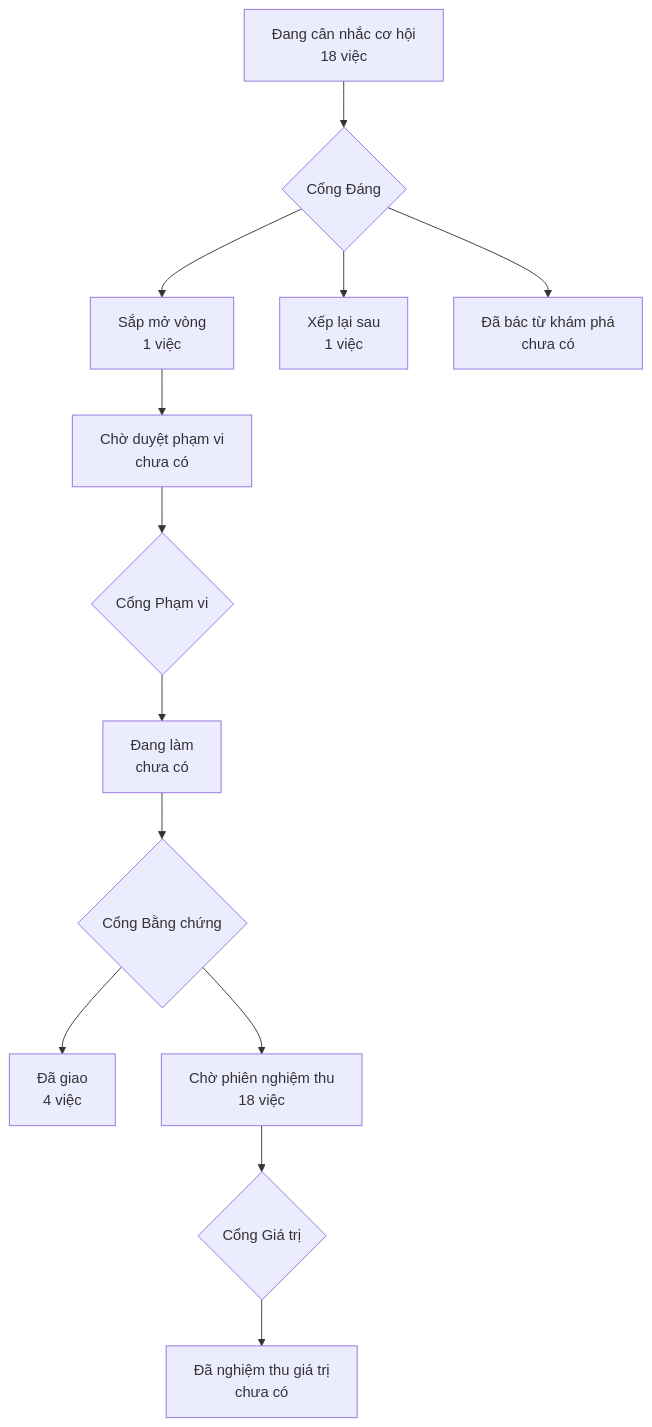
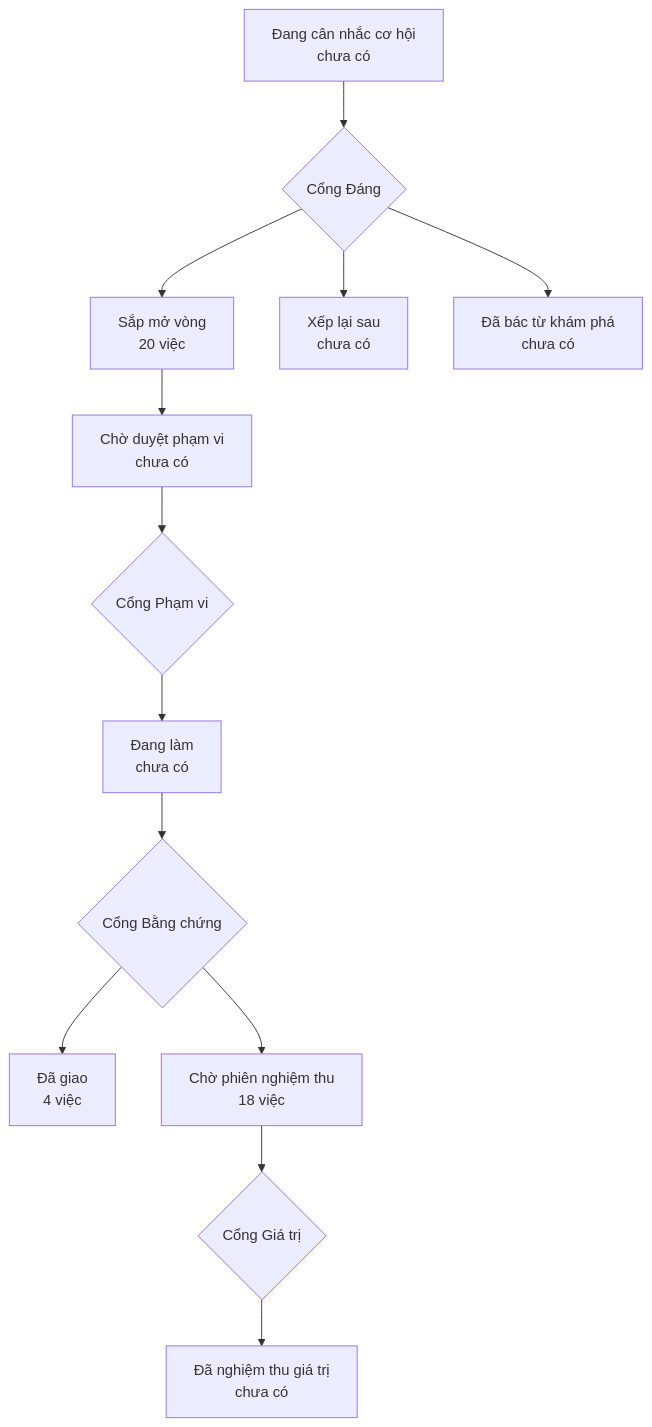
Before and after one commit to phanlemanh/onehub-quy-hang: the diagram in PRODUCT-MAP.md, drawn with Mermaid. The commit also changed other lines of this file and 22 other files, not shown here.

First line of the commit message:
chore(dieu-phoi): Cổng Đáng 19 hàng đợt dau-chu-dong-vao — tất cả build

````diff
--- a/PRODUCT-MAP.md
+++ b/PRODUCT-MAP.md
@@ -7,12 +7,12 @@
 ```mermaid
 flowchart TD
-  A["Đang cân nhắc cơ hội<br/>18 việc"] --> GD{"Cổng Đáng"}
-  GD --> B["Sắp mở vòng<br/>1 việc"]
-  GD --> XL["Xếp lại sau<br/>1 việc"]
+  A["Đang cân nhắc cơ hội<br/>chưa có"] --> GD{"Cổng Đáng"}
+  GD --> B["Sắp mở vòng<br/>20 việc"]
+  GD --> XL["Xếp lại sau<br/>chưa có"]
   GD --> DB["Đã bác từ khám phá<br/>chưa có"]
   B --> CD["Chờ duyệt phạm vi<br/>chưa có"] --> GP{"Cổng Phạm vi"}
   GP --> DL["Đang làm<br/>chưa có"] --> GB{"Cổng Bằng chứng"}
   GB --> DG["Đã giao<br/>4 việc"]
   GB --> CN["Chờ phiên nghiệm thu<br/>18 việc"] --> GG{"Cổng Giá trị"}
   GG --> NT["Đã nghiệm thu giá trị<br/>chưa có"]
 ```
````
